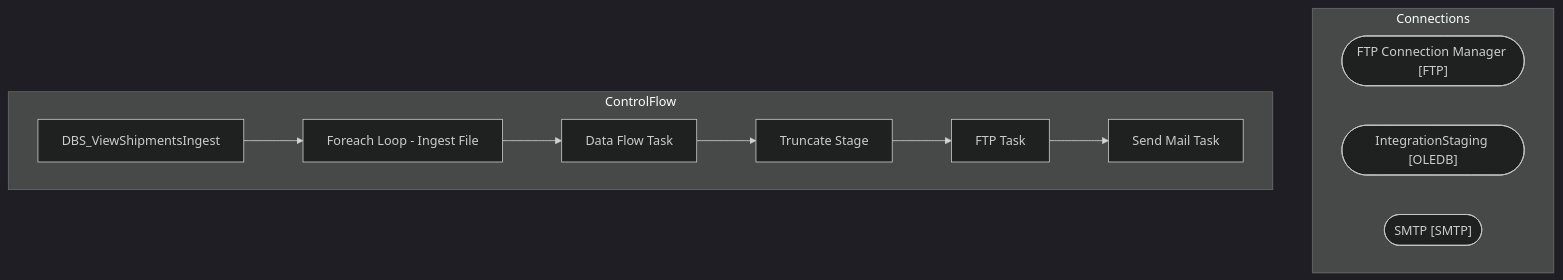
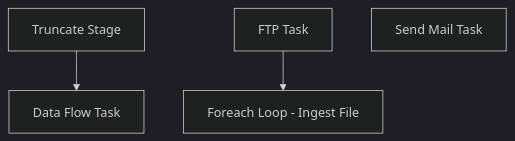
Before and after one commit to juanandresbrain/BABSkills: the diagram in bab-docs-explorer/Documentation/STL-SSIS-P-01/SSIS/Azure/DBS_ViewShipmentsIngest.DBS_ViewShipmentsIngest.md, drawn with Mermaid (dark theme). The commit also changed other lines of this file and 273 other files, not shown here.

````diff
--- a/bab-docs-explorer/Documentation/STL-SSIS-P-01/SSIS/Azure/DBS_ViewShipmentsIngest.DBS_ViewShipmentsIngest.md
+++ b/bab-docs-explorer/Documentation/STL-SSIS-P-01/SSIS/Azure/DBS_ViewShipmentsIngest.DBS_ViewShipmentsIngest.md
@@ -9,21 +38,10 @@
 ```mermaid
 flowchart TD
-    subgraph Connections
-        FTP_Connection_Manager_conn(["FTP Connection Manager [FTP]"])
-        IntegrationStaging_conn(["IntegrationStaging [OLEDB]"])
-        SMTP_conn(["SMTP [SMTP]"])
-    end
-    subgraph ControlFlow
-        DBS_ViewShipmentsIngest_task["DBS_ViewShipmentsIngest"]
-        Foreach_Loop___Ingest_File_task["Foreach Loop - Ingest File"]
-        DBS_ViewShipmentsIngest_task --> Foreach_Loop___Ingest_File_task
-        Data_Flow_Task_task["Data Flow Task"]
-        Foreach_Loop___Ingest_File_task --> Data_Flow_Task_task
-        Truncate_Stage_task["Truncate Stage"]
-        Data_Flow_Task_task --> Truncate_Stage_task
-        FTP_Task_task["FTP Task"]
-        Truncate_Stage_task --> FTP_Task_task
-        Send_Mail_Task_task["Send Mail Task"]
-        FTP_Task_task --> Send_Mail_Task_task
-    end
+    n_Package_Foreach_Loop___Ingest_File["Foreach Loop - Ingest File"]
+    n_Package_Foreach_Loop___Ingest_File_Data_Flow_Task["Data Flow Task"]
+    n_Package_Foreach_Loop___Ingest_File_Truncate_Stage["Truncate Stage"]
+    n_Package_FTP_Task["FTP Task"]
+    n_Package_EventHandlers_OnError__Send_Mail_Task["Send Mail Task"]
+    n_Package_Foreach_Loop___Ingest_File_Truncate_Stage --> n_Package_Foreach_Loop___Ingest_File_Data_Flow_Task
+    n_Package_FTP_Task --> n_Package_Foreach_Loop___Ingest_File
 ```
````
